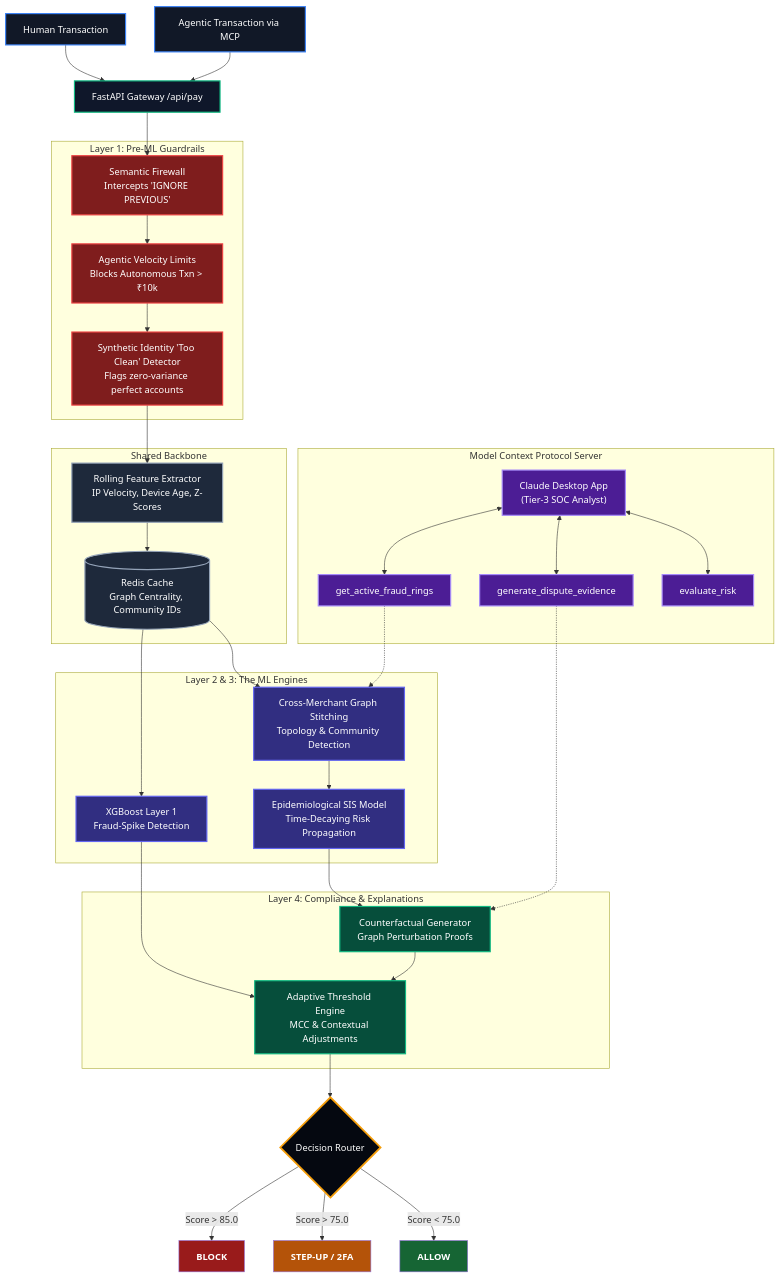
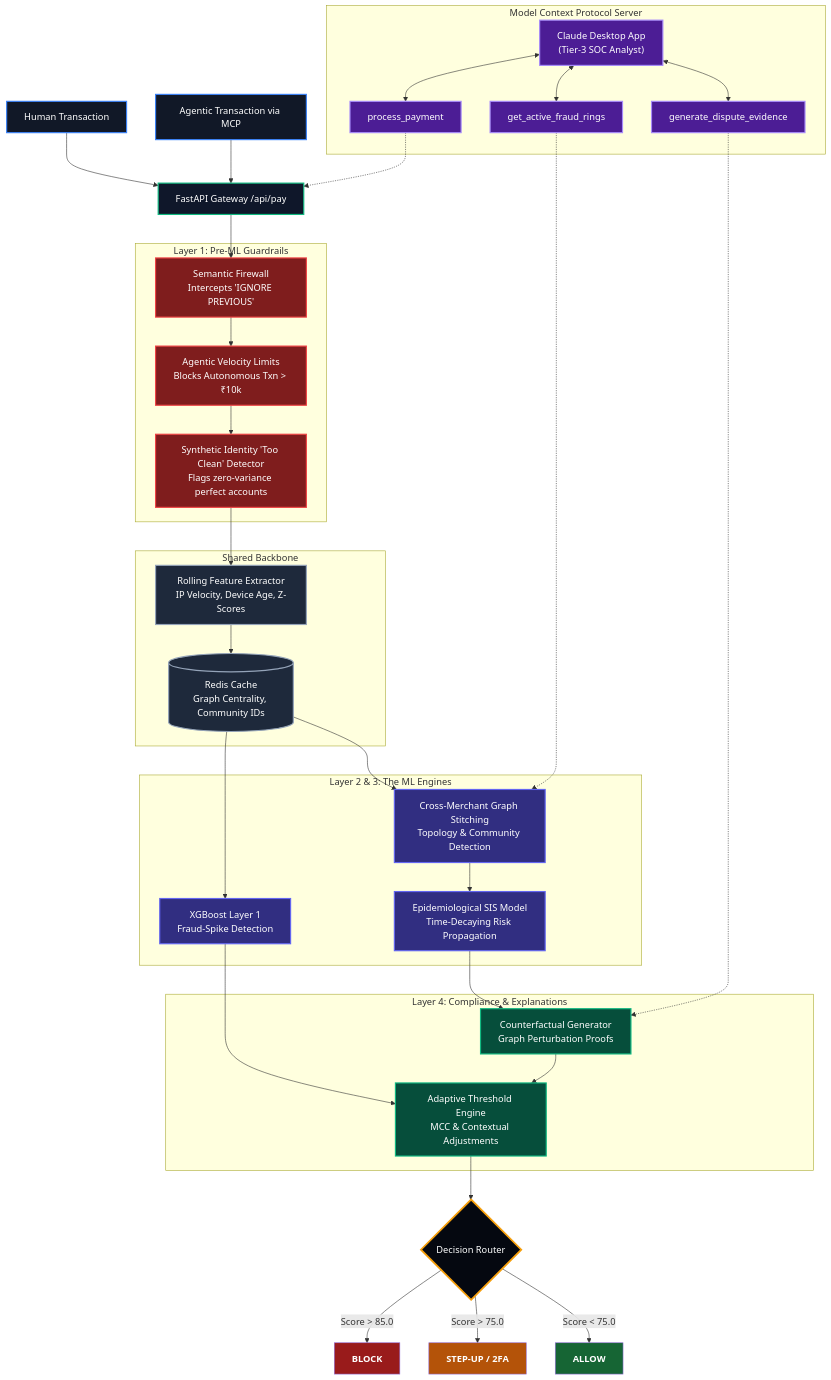
Before and after one commit to AakashGs10/AI-RISK-MANAGER: the diagram in README.md, drawn with Mermaid.

Commit message:
Docs: Update Architecture diagram with accurate MCP tools

```diff
--- a/README.md
+++ b/README.md
@@ -72,16 +72,17 @@
     %% MCP SOC Analyst Integration
     subgraph MCP[Model Context Protocol Server]
         Claude["Claude Desktop App<br>(Tier-3 SOC Analyst)"]:::mcp
-        T1[get_active_fraud_rings]:::mcp
-        T2[generate_dispute_evidence]:::mcp
-        T3[evaluate_risk]:::mcp
+        T1[process_payment]:::mcp
+        T2[get_active_fraud_rings]:::mcp
+        T3[generate_dispute_evidence]:::mcp
     end
     
     Claude <--> T1
     Claude <--> T2
     Claude <--> T3
-    T1 -.-> FGA
-    T2 -.-> CF
+    T1 -.-> Gateway
+    T2 -.-> FGA
+    T3 -.-> CF
     
     %% Styling
     classDef core fill:#0f172a,stroke:#10b981,stroke-width:2px,color:#fff
```
